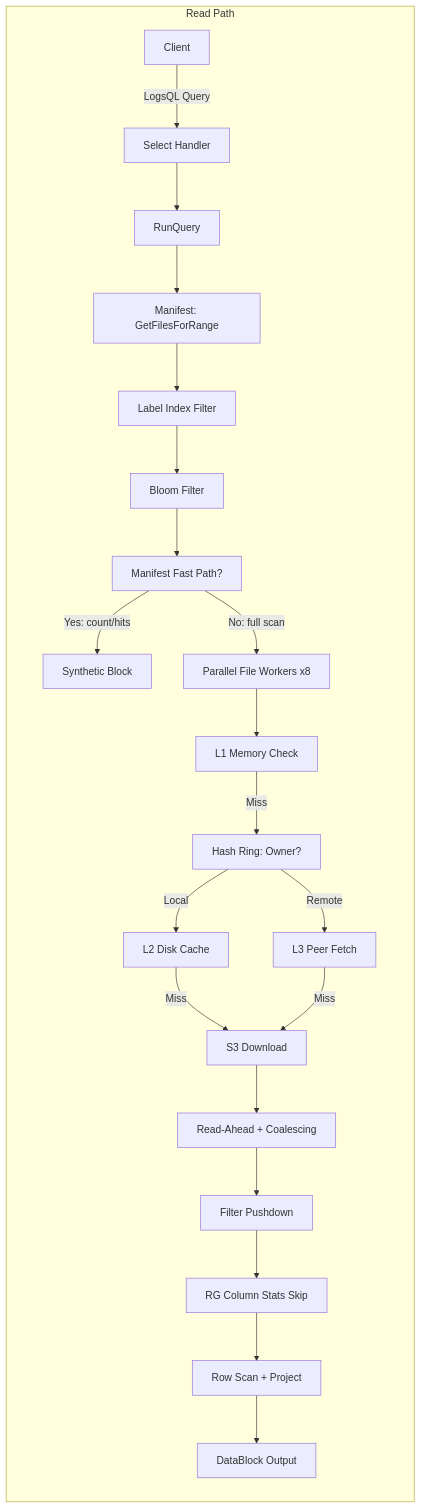
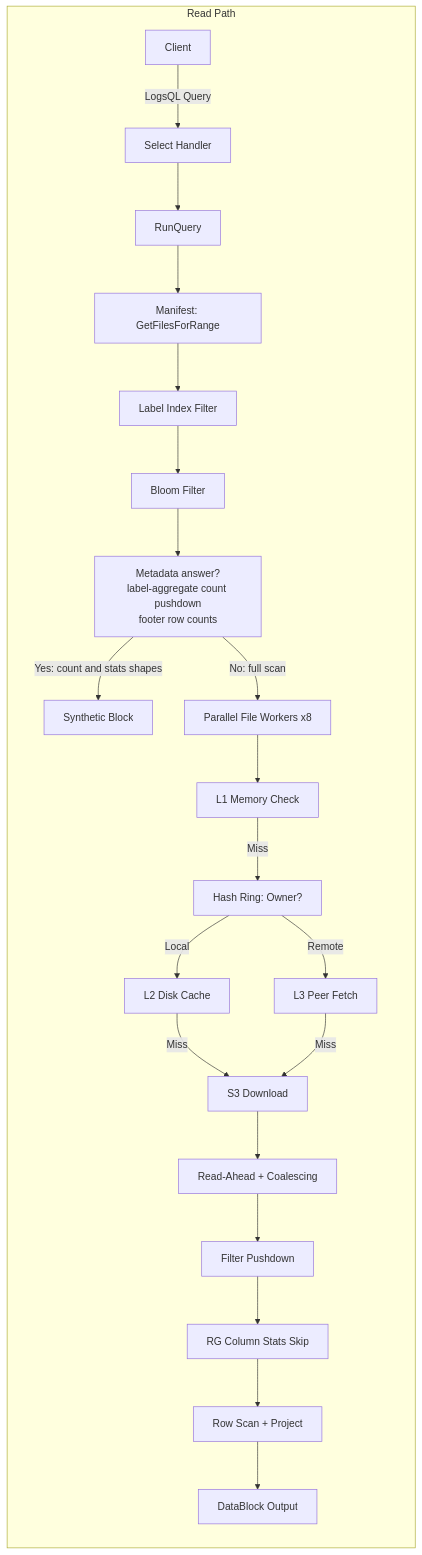
The third of 6 diagrams in docs/architecture-overview.md (ReliablyObserve/victoria-lakehouse), drawn with Mermaid before and after one commit. The commit also changed other lines of this file and 7 other files, not shown here.

First line of the commit message:
docs: correct stream-predicate pruning and manifest fast path statements

````diff
--- a/docs/architecture-overview.md
+++ b/docs/architecture-overview.md
@@ -154,24 +154,24 @@
 ```mermaid
 flowchart LR
     subgraph "Read Path"
         A[Client] -->|LogsQL Query| B[Select Handler]
         B --> C[RunQuery]
         C --> D[Manifest: GetFilesForRange]
         D --> E[Label Index Filter]
         E --> F[Bloom Filter]
-        F --> G[Manifest Fast Path?]
-        G -->|Yes: count/hits| H[Synthetic Block]
+        F --> G[Metadata answer?<br/>label-aggregate count pushdown<br/>footer row counts]
+        G -->|Yes: count and stats shapes| H[Synthetic Block]
         G -->|No: full scan| I[Parallel File Workers x8]
         I --> J[L1 Memory Check]
         J -->|Miss| K[Hash Ring: Owner?]
         K -->|Local| L[L2 Disk Cache]
         K -->|Remote| M[L3 Peer Fetch]
         L -->|Miss| N[S3 Download]
         M -->|Miss| N
         N --> O[Read-Ahead + Coalescing]
         O --> P[Filter Pushdown]
         P --> Q[RG Column Stats Skip]
         Q --> R[Row Scan + Project]
         R --> S[DataBlock Output]
     end
 ```
````
